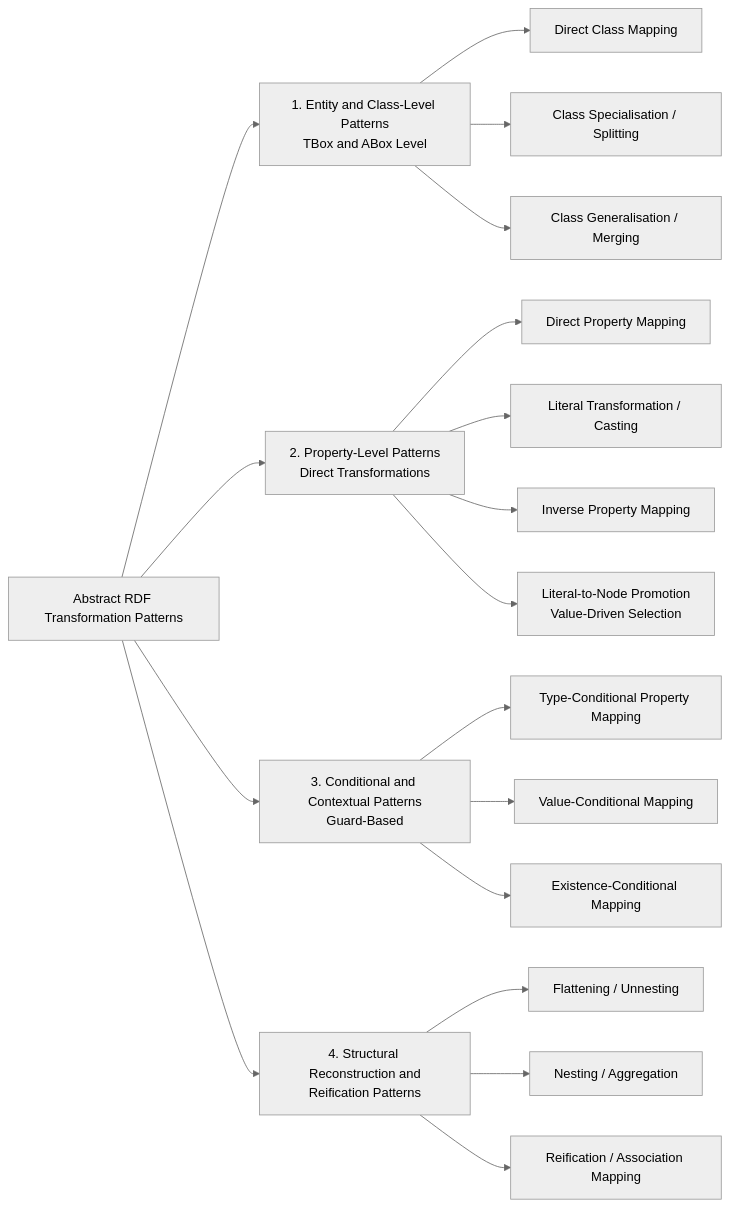
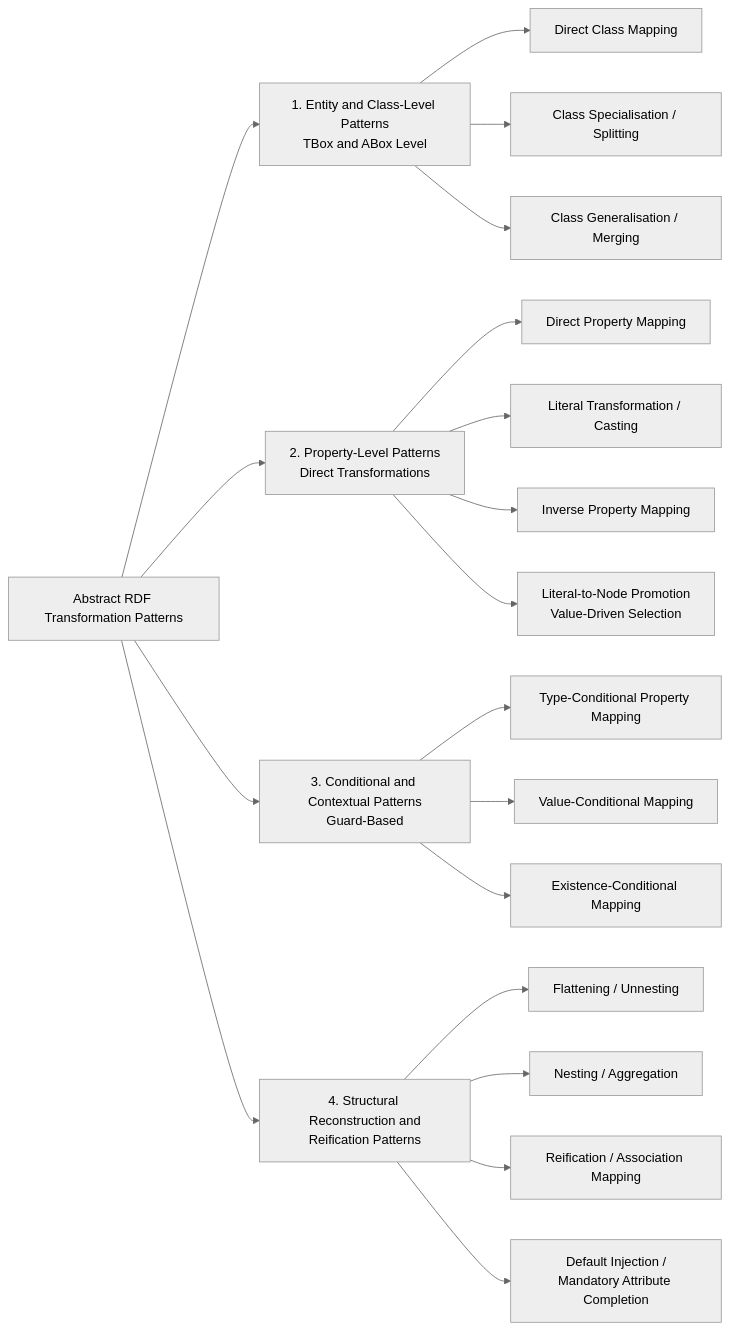
Before and after one commit to Cpprentice/omi: the first of 2 diagrams in planning/Metadata Crosswalk - Patterns Map.md, drawn with Mermaid (neutral theme). The commit also changed other lines of this file, not shown here.

First line of the commit message:
Add default injection pattern to patterns map

````diff
--- a/planning/Metadata Crosswalk - Patterns Map.md
+++ b/planning/Metadata Crosswalk - Patterns Map.md
@@ -7,20 +7,21 @@
 ```mermaid
 flowchart LR
     A[Abstract RDF Transformation Patterns] --> B[1. Entity and Class-Level Patterns<br/>TBox and ABox Level]
     A --> C[2. Property-Level Patterns<br/>Direct Transformations]
     A --> D[3. Conditional and Contextual Patterns<br/>Guard-Based]
     A --> E[4. Structural Reconstruction and<br/>Reification Patterns]
     B --> B1[Direct Class Mapping]
     B --> B2[Class Specialisation / Splitting]
     B --> B3[Class Generalisation / Merging]
     C --> C1[Direct Property Mapping]
     C --> C2[Literal Transformation / Casting]
     C --> C3[Inverse Property Mapping]
     C --> C4[Literal-to-Node Promotion<br/>Value-Driven Selection]
     D --> D1[Type-Conditional Property Mapping]
     D --> D2[Value-Conditional Mapping]
     D --> D3[Existence-Conditional Mapping]
     E --> E1[Flattening / Unnesting]
     E --> E2[Nesting / Aggregation]
     E --> E3[Reification / Association Mapping]
+    E --> E4[Default Injection /<br/>Mandatory Attribute Completion]
 ```
````
